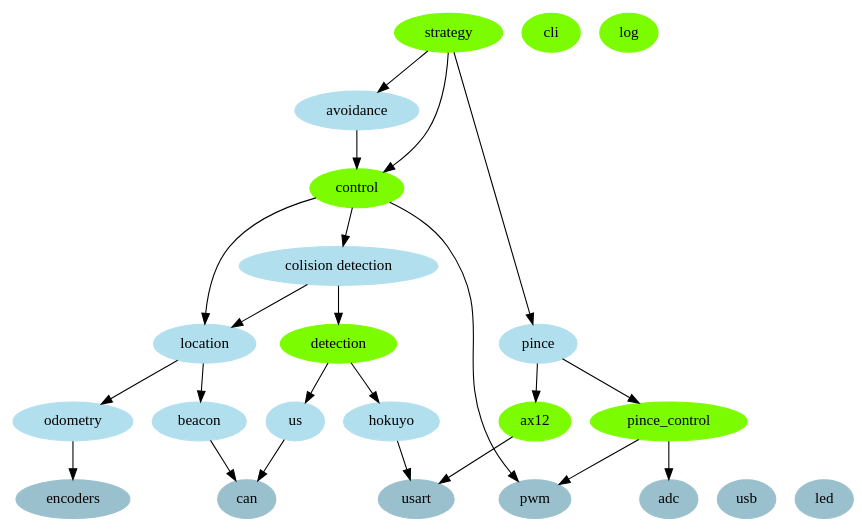
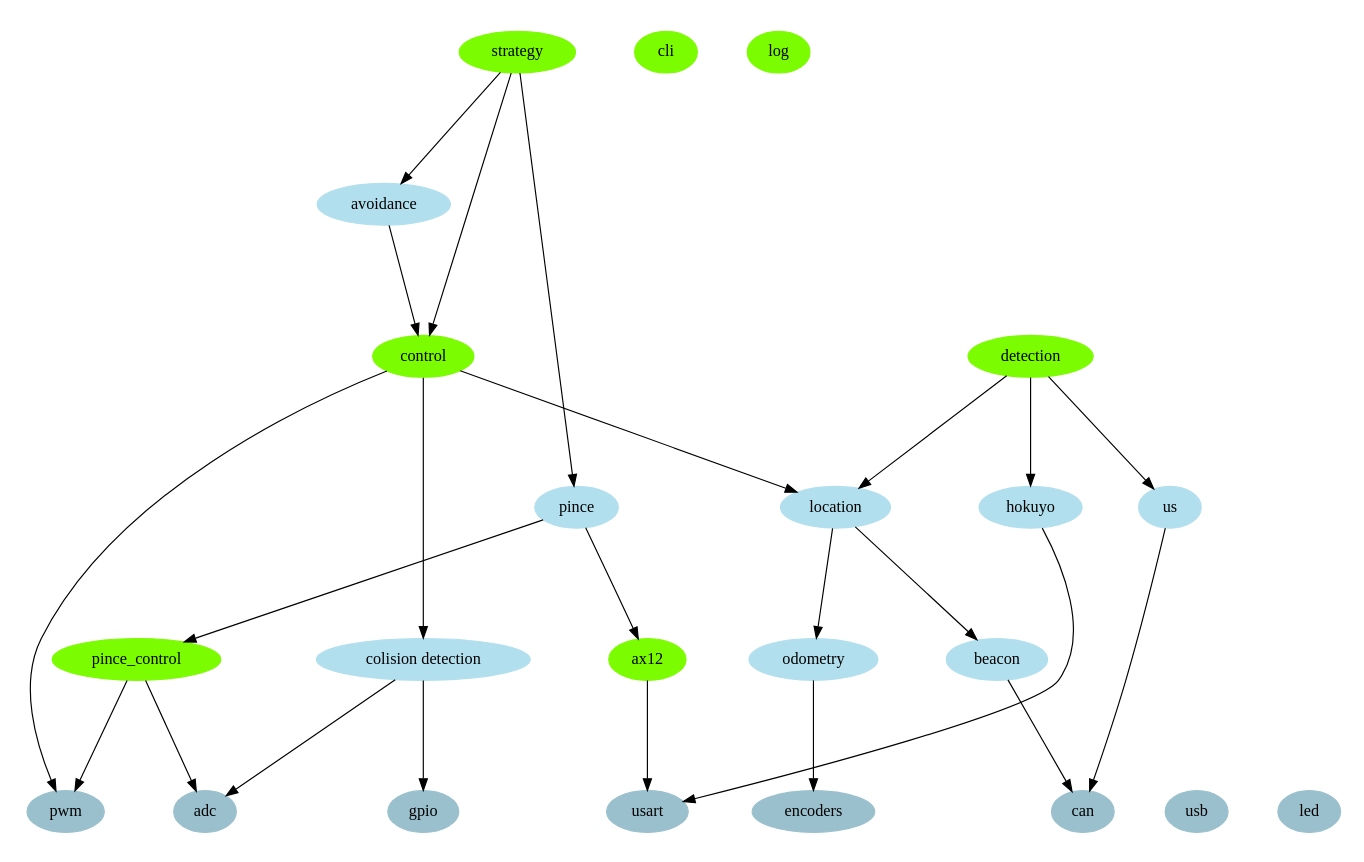
One commit to jbtredez/Atlantronic changed the diagram in doc/graph/architecture.dot. Above: the diagram before and after it, drawn with Graphviz.

Commit message:
doc
	modified:   doc/graph/architecture.dot

```diff
--- a/doc/graph/architecture.dot
+++ b/doc/graph/architecture.dot
@@ -1,62 +1,67 @@
 digraph robot
 {
-	size="10,10";
+	ratio=fill;
+	size="16,10";
+	center=true;
+
 	// modules - taches
 	node [color=lawngreen, style=filled ]
 	strategy
 	control
 	cli
 	log
 	ax12
 	detection
 	pince_control
 
 	// modules - fonctions
 	node [color=lightblue2, style=filled ]
 	avoidance
 	"colision detection"
 	location
 	odometry
 	beacon
 	pince
 	us
 	hokuyo
 
 	// io
 	node [color=lightblue3, style=filled ]
 	{
 		rank=same;
-		"pwm"
-		"encoders"
-		"usb"
-		"can"
-		"adc"
-		"usart"
-		"led"
+		adc
+		gpio
+		pwm
+		encoders
+		usb
+		can
+		usart
+		led
 	}
 
 	// liens
 	strategy -> avoidance
 	strategy -> control
 	strategy -> pince
 	avoidance -> control
 	control -> "colision detection"
 	control -> location
-	"colision detection" -> location
-	"colision detection" -> detection
+	"colision detection" -> adc
+	"colision detection" -> gpio
 	location -> odometry
 	location -> beacon
 	pince -> ax12
 	pince -> pince_control
 	pince_control -> pwm
 	pince_control -> adc
 	detection -> hokuyo
 	detection -> us
+	detection -> location
 
 	hokuyo -> usart
 	ax12 -> "usart"
 	us -> "can"
 	beacon -> "can"
 	odometry -> "encoders"
 	control -> "pwm"
 }
```
